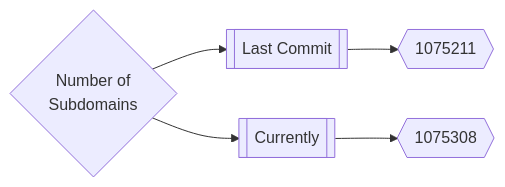
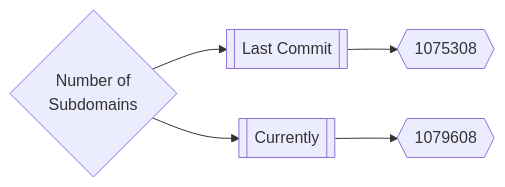
One commit to trickest/inventory changed the first of 3 diagrams in README.md. Above: the diagram before and after it, drawn with Mermaid. The commit also changed other lines of this file, not shown here.

Commit message:
Update Wed Mar 30 13:09:07 UTC 2022

````diff
--- a/README.md
+++ b/README.md
@@ -165,5 +165,5 @@
 ```mermaid
 graph LR
-title{Number of<br>Subdomains} --> subdomainsDate1[[Last Commit]] --> subdomainsNum1{{1075211}}
-title --> subdomainsDate2[[Currently]] --> subdomainsNum2{{1075308}}
+title{Number of<br>Subdomains} --> subdomainsDate1[[Last Commit]] --> subdomainsNum1{{1075308}}
+title --> subdomainsDate2[[Currently]] --> subdomainsNum2{{1079608}}
 ```
````
